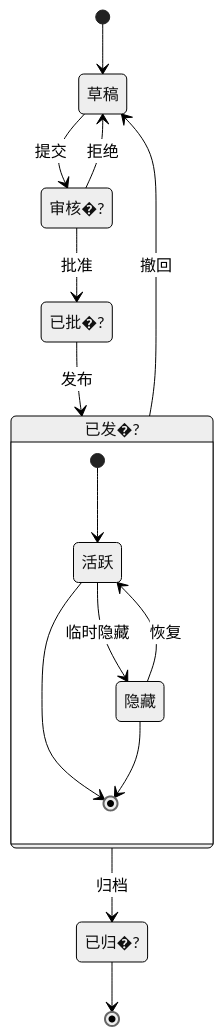
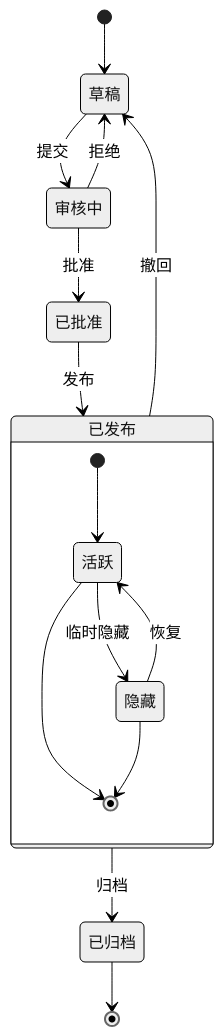
One commit to Mical-517/Firefly-blog changed the fifth of 6 diagrams in src/content/posts/markdown-mermaid.md. Above: the diagram before and after it, drawn with Mermaid (neutral theme). The commit also changed other lines of this file and 12 other files, not shown here.

````diff
--- a/src/content/posts/markdown-mermaid.md
+++ b/src/content/posts/markdown-mermaid.md
@@ -138,21 +151,21 @@
 ```mermaid
 stateDiagram-v2
     [*] --> 草稿
     
-    草稿 --> 审核�?: 提交
-    审核�?--> 草稿 : 拒绝
-    审核�?--> 已批�?: 批准
-    已批�?--> 已发�?: 发布
-    已发�?--> 已归�?: 归档
-    已发�?--> 草稿 : 撤回
+    草稿 --> 审核中 : 提交
+    审核中 --> 草稿 : 拒绝
+    审核中 --> 已批准 : 批准
+    已批准 --> 已发布 : 发布
+    已发布 --> 已归档 : 归档
+    已发布 --> 草稿 : 撤回
     
-    state 已发�?{
+    state 已发布 {
         [*] --> 活跃
         活跃 --> 隐藏 : 临时隐藏
         隐藏 --> 活跃 : 恢复
         活跃 --> [*]
         隐藏 --> [*]
     }
     
-    已归�?--> [*]
+    已归档 --> [*]
 ```
````
